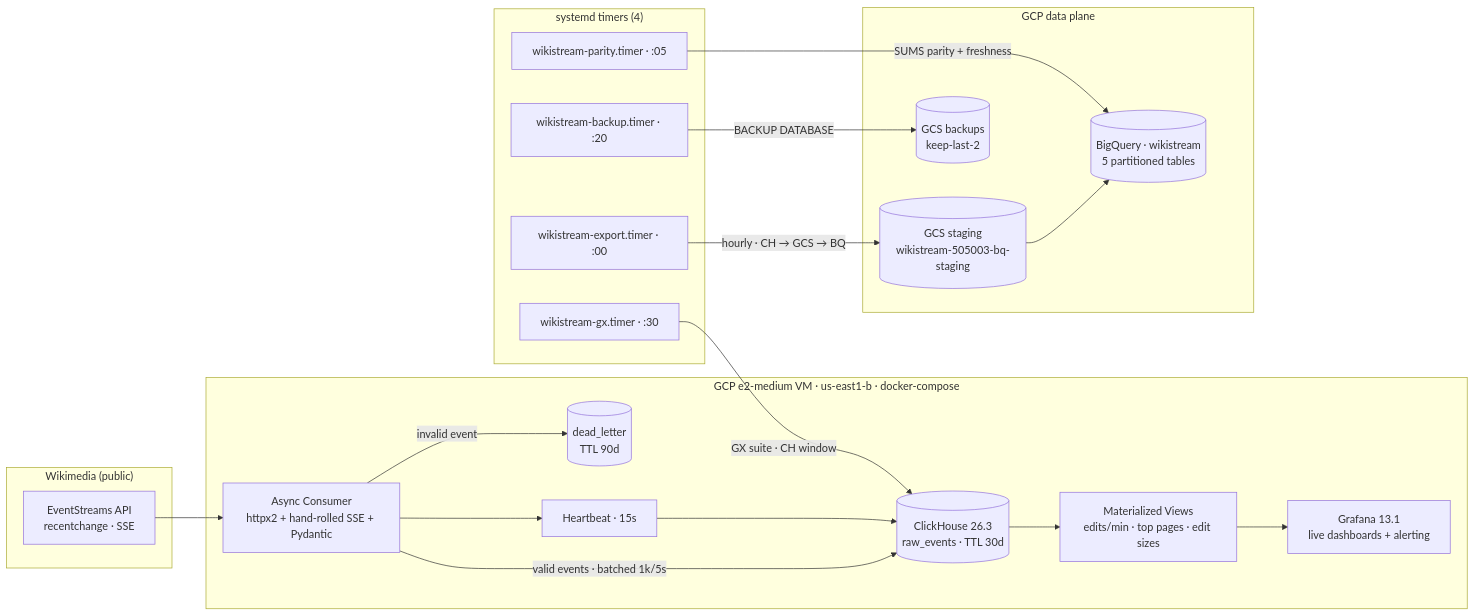
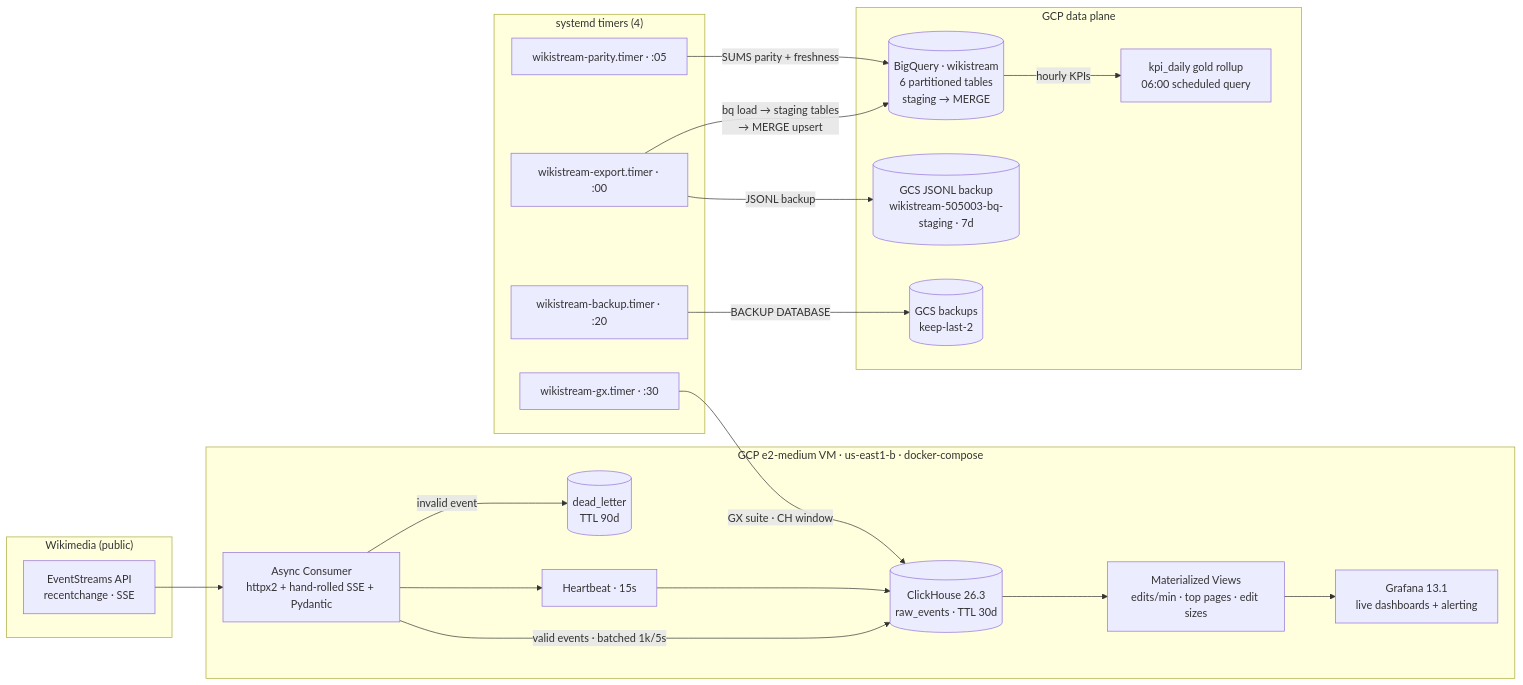
The diagram in README.md (AhmedIkram05/WikiStream), drawn with Mermaid before and after one commit. The commit also changed other lines of this file and 1 other file, not shown here.

````diff
--- a/README.md
+++ b/README.md
@@ -44,39 +44,41 @@
 ```mermaid
 flowchart LR
     subgraph Source["Wikimedia (public)"]
         SSE["EventStreams API<br/>recentchange · SSE"]
     end
 
     subgraph VM["GCP e2-medium VM · us-east1-b · docker-compose"]
         CON["Async Consumer<br/>httpx2 + hand-rolled SSE + Pydantic"]
         DL[("dead_letter<br/>TTL 90d")]
         CH[("ClickHouse 26.3<br/>raw_events · TTL 30d")]
         MV["Materialized Views<br/>edits/min · top pages · edit sizes"]
         GRA["Grafana 13.1<br/>live dashboards + alerting"]
         HBEAT["Heartbeat · 15s"]
         CON -->|"invalid event"| DL
         CON -->|"valid events · batched 1k/5s"| CH
         CH --> MV --> GRA
         CON --> HBEAT --> CH
     end
 
     subgraph TIM["systemd timers (4)"]
         GXT["wikistream-gx.timer · :30"]
         EXP["wikistream-export.timer · :00"]
         PAR["wikistream-parity.timer · :05"]
         BAK["wikistream-backup.timer · :20"]
     end
 
     subgraph GCP["GCP data plane"]
-        GCS[("GCS staging<br/>wikistream-505003-bq-staging")]
-        BQ[("BigQuery · wikistream<br/>5 partitioned tables")]
+        BQ[("BigQuery · wikistream<br/>6 partitioned tables<br/>staging → MERGE")]
+        ROLL["kpi_daily gold rollup<br/>06:00 scheduled query"]
+        GCS[("GCS JSONL backup<br/>wikistream-505003-bq-staging · 7d")]
         BK[("GCS backups<br/>keep-last-2")]
     end
 
     SSE --> CON
     GXT -->|"GX suite · CH window"| CH
-    EXP -->|"hourly · CH → GCS → BQ"| GCS
-    GCS --> BQ
+    EXP -->|"bq load → staging tables<br/>→ MERGE upsert"| BQ
+    EXP -->|"JSONL backup"| GCS
+    BQ -->|"hourly KPIs"| ROLL
     PAR -->|"SUMS parity + freshness"| BQ
     BAK -->|"BACKUP DATABASE"| BK
 ```
````
